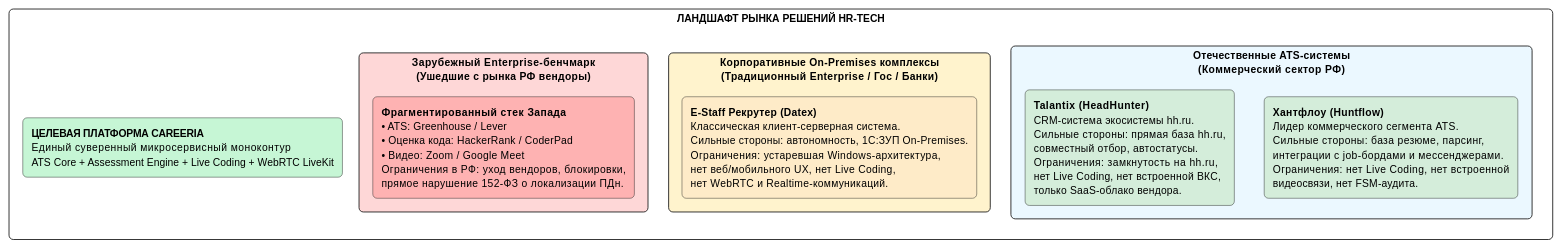
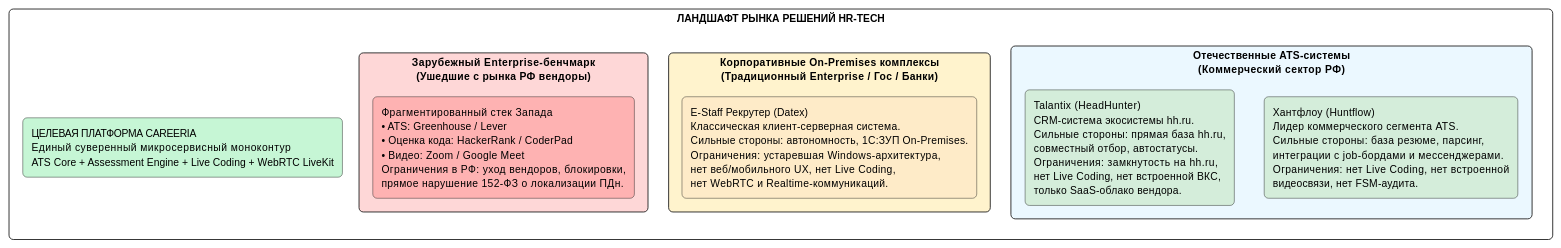
One commit to krackl1n/careeria changed the first of 3 diagrams in docs/project/01-general/05-analogs-analysis.md. Above: the diagram before and after it, drawn with PlantUML. The commit also changed other lines of this file and 2 other files, not shown here.

````diff
--- a/docs/project/01-general/05-analogs-analysis.md
+++ b/docs/project/01-general/05-analogs-analysis.md
@@ -27,26 +27,26 @@
 ```plantuml
 @startuml
 skinparam rectangle {
   RoundCorner 10
   FontName Arial
   FontSize 12
 }
 
 rectangle "ЛАНДШАФТ РЫНКА РЕШЕНИЙ HR-TECH" as Landscape {
-  rectangle "**Отечественные ATS-системы**\n(Коммерческий сектор РФ)" as DomATS #EBF8FF {
-    rectangle "**Хантфлоу (Huntflow)**\nЛидер коммерческого сегмента ATS.\nСильные стороны: база резюме, парсинг,\nинтеграции с job-бордами и мессенджерами.\nОграничения: нет Live Coding, нет встроенной\nвидеосвязи, нет FSM-аудита." as Huntflow #D4EDDA
-    rectangle "**Talantix (HeadHunter)**\nCRM-система экосистемы hh.ru.\nСильные стороны: прямая база hh.ru,\nсовместный отбор, автостатусы.\nОграничения: замкнутость на hh.ru,\nнет Live Coding, нет встроенной ВКС,\nтолько SaaS-облако вендора." as Talantix #D4EDDA
+  rectangle "Отечественные ATS-системы\n(Коммерческий сектор РФ)" as DomATS #EBF8FF {
+    rectangle "Хантфлоу (Huntflow)\nЛидер коммерческого сегмента ATS.\nСильные стороны: база резюме, парсинг,\nинтеграции с job-бордами и мессенджерами.\nОграничения: нет Live Coding, нет встроенной\nвидеосвязи, нет FSM-аудита." as Huntflow #D4EDDA
+    rectangle "Talantix (HeadHunter)\nCRM-система экосистемы hh.ru.\nСильные стороны: прямая база hh.ru,\nсовместный отбор, автостатусы.\nОграничения: замкнутость на hh.ru,\nнет Live Coding, нет встроенной ВКС,\nтолько SaaS-облако вендора." as Talantix #D4EDDA
   }
 
-  rectangle "**Корпоративные On-Premises комплексы**\n(Традиционный Enterprise / Гос / Банки)" as EntLegacy #FFF3CD {
-    rectangle "**E-Staff Рекрутер (Datex)**\nКлассическая клиент-серверная система.\nСильные стороны: автономность, 1С:ЗУП On-Premises.\nОграничения: устаревшая Windows-архитектура,\nнет веб/мобильного UX, нет Live Coding,\nнет WebRTC и Realtime-коммуникаций." as EStaff #FEEBC8
+  rectangle "Корпоративные On-Premises комплексы\n(Традиционный Enterprise / Гос / Банки)" as EntLegacy #FFF3CD {
+    rectangle "E-Staff Рекрутер (Datex)\nКлассическая клиент-серверная система.\nСильные стороны: автономность, 1С:ЗУП On-Premises.\nОграничения: устаревшая Windows-архитектура,\nнет веб/мобильного UX, нет Live Coding,\nнет WebRTC и Realtime-коммуникаций." as EStaff #FEEBC8
   }
 
-  rectangle "**Зарубежный Enterprise-бенчмарк**\n(Ушедшие с рынка РФ вендоры)" as GlobalBench #FED7D7 {
-    rectangle "**Фрагментированный стек Запада**\n• ATS: Greenhouse / Lever\n• Оценка кода: HackerRank / CoderPad\n• Видео: Zoom / Google Meet\nОграничения в РФ: уход вендоров, блокировки,\nпрямое нарушение 152-ФЗ о локализации ПДн." as Global #FEB2B2
+  rectangle "Зарубежный Enterprise-бенчмарк\n(Ушедшие с рынка РФ вендоры)" as GlobalBench #FED7D7 {
+    rectangle "Фрагментированный стек Запада\n• ATS: Greenhouse / Lever\n• Оценка кода: HackerRank / CoderPad\n• Видео: Zoom / Google Meet\nОграничения в РФ: уход вендоров, блокировки,\nпрямое нарушение 152-ФЗ о локализации ПДн." as Global #FEB2B2
   }
 
-  rectangle "**ЦЕЛЕВАЯ ПЛАТФОРМА CAREERIA**\nЕдиный суверенный микросервисный моноконтур\nATS Core + Assessment Engine + Live Coding + WebRTC LiveKit" as Careeria #C6F6D5
+  rectangle "ЦЕЛЕВАЯ ПЛАТФОРМА CAREERIA\nЕдиный суверенный микросервисный моноконтур\nATS Core + Assessment Engine + Live Coding + WebRTC LiveKit" as Careeria #C6F6D5
 }
 @enduml
 ```
````
